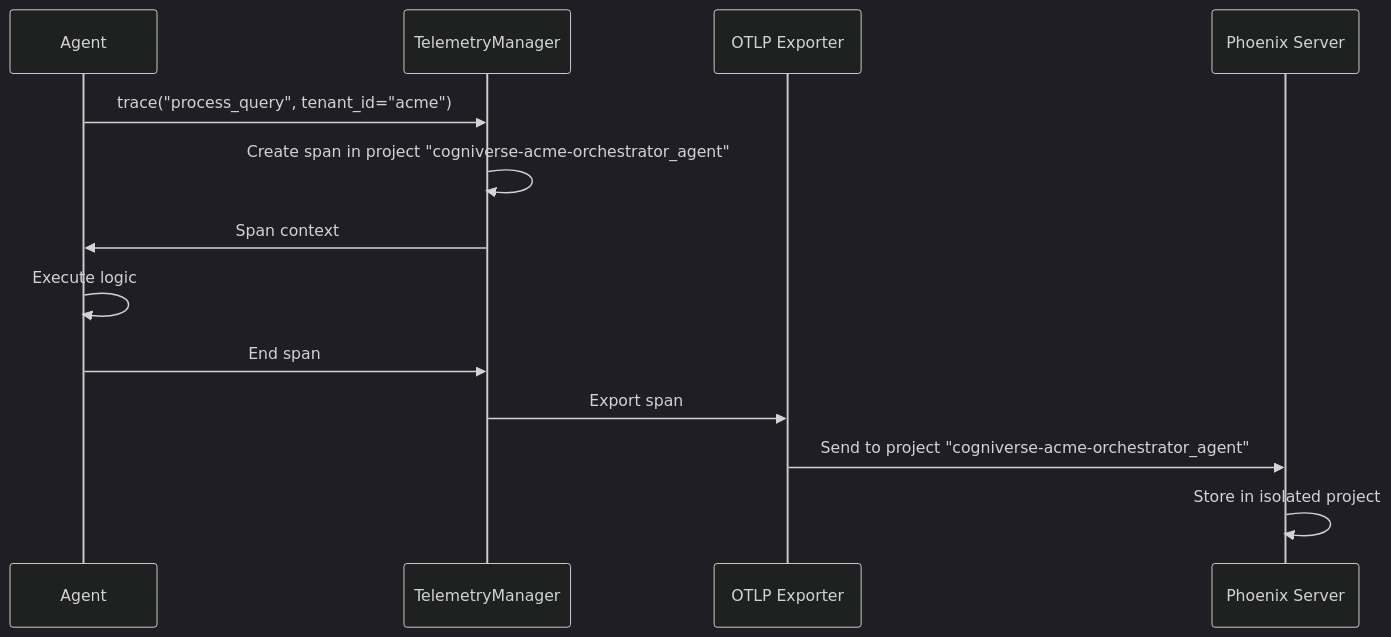
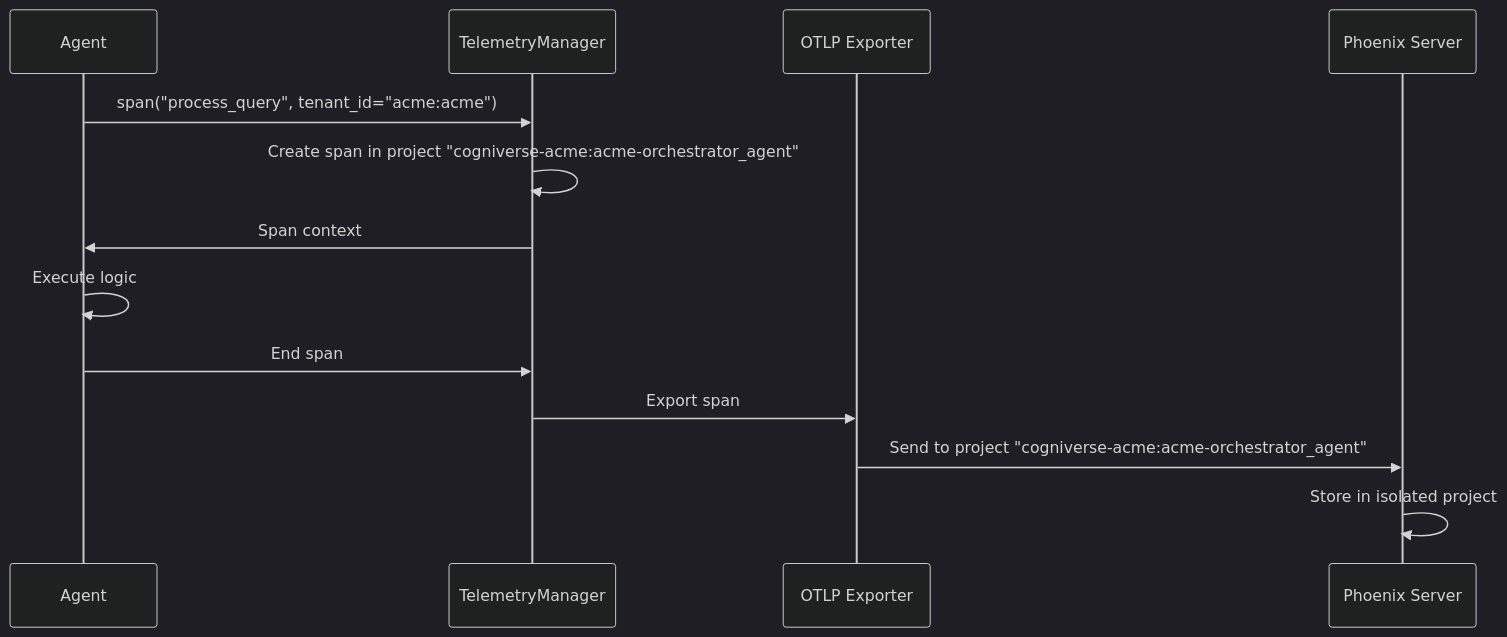
The fourth of 7 diagrams in docs/architecture/multi-tenant.md (amit-jain/cogniverse), drawn with Mermaid (dark theme) before and after one commit. The commit also changed other lines of this file and 50 other files, not shown here.

First line of the commit message:
Complete and verify docs against code with mermaid palette

````diff
--- a/docs/architecture/multi-tenant.md
+++ b/docs/architecture/multi-tenant.md
@@ -827,16 +907,16 @@
 ```mermaid
 sequenceDiagram
     participant Agent
     participant TelemetryMgr as TelemetryManager
     participant OTLP as OTLP Exporter
     participant Phoenix as Phoenix Server
 
-    Agent->>TelemetryMgr: trace("process_query", tenant_id="acme")
-    TelemetryMgr->>TelemetryMgr: Create span in project "cogniverse-acme-orchestrator_agent"
+    Agent->>TelemetryMgr: span("process_query", tenant_id="acme:acme")
+    TelemetryMgr->>TelemetryMgr: Create span in project "cogniverse-acme:acme-orchestrator_agent"
     TelemetryMgr->>Agent: Span context
     Agent->>Agent: Execute logic
     Agent->>TelemetryMgr: End span
     TelemetryMgr->>OTLP: Export span
-    OTLP->>Phoenix: Send to project "cogniverse-acme-orchestrator_agent"
+    OTLP->>Phoenix: Send to project "cogniverse-acme:acme-orchestrator_agent"
     Phoenix->>Phoenix: Store in isolated project
 ```
````
